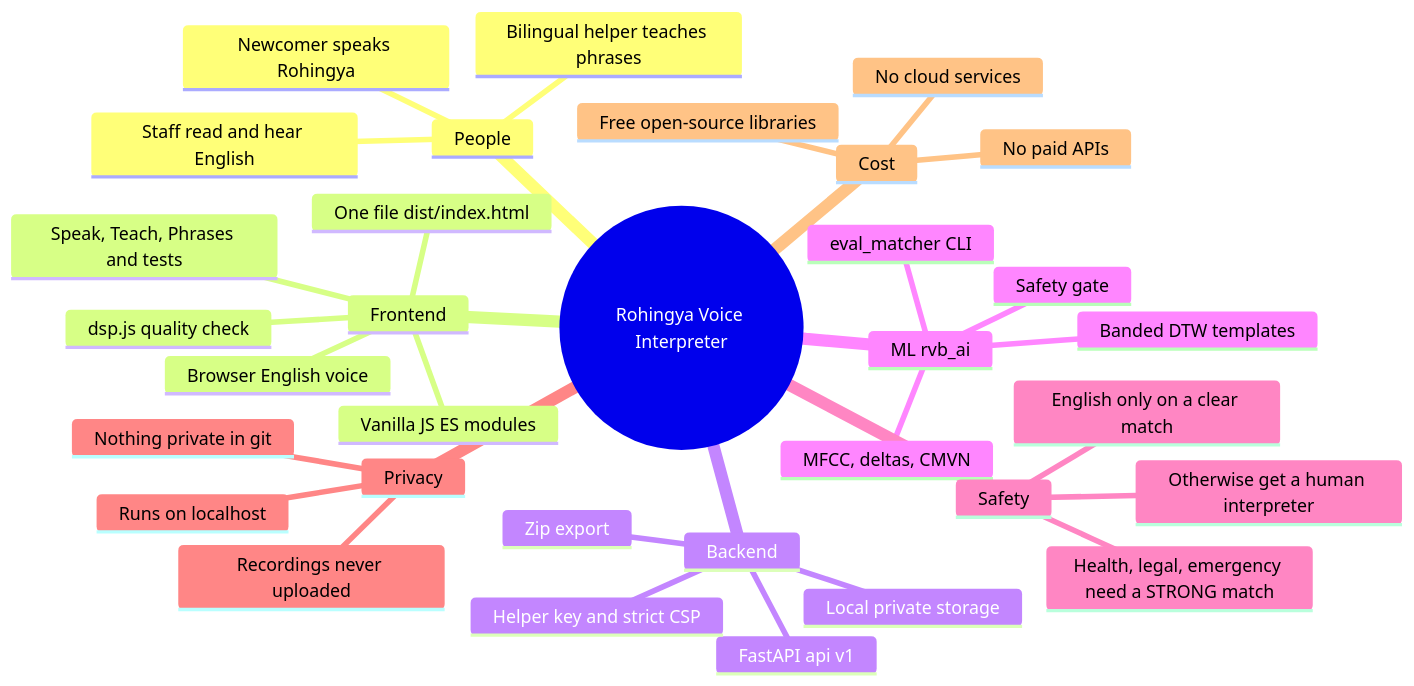
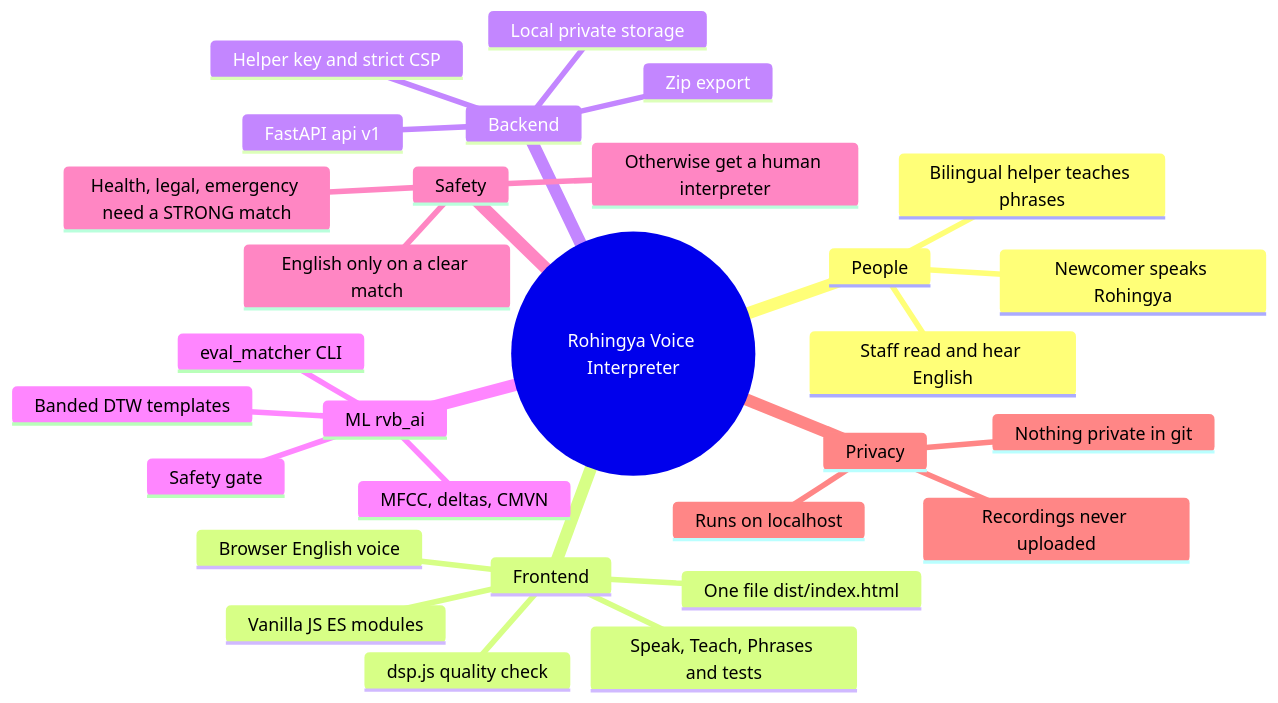
The first of 4 diagrams in README.md (msamin-25/Rohingya-Watai-proj), drawn with Mermaid before and after one commit. The commit also changed other lines of this file and 2 other files, not shown here.

First line of the commit message:
chore: drop cost section; keep helper key out of iCloud

````diff
--- a/README.md
+++ b/README.md
@@ -66,36 +64,32 @@
 ```mermaid
 mindmap
   root((Rohingya Voice Interpreter))
     People
       Newcomer speaks Rohingya
       Bilingual helper teaches phrases
       Staff read and hear English
     Frontend
       Vanilla JS ES modules
       One file dist/index.html
       Speak, Teach, Phrases and tests
       dsp.js quality check
       Browser English voice
     Backend
       FastAPI api v1
       Helper key and strict CSP
       Local private storage
       Zip export
     ML rvb_ai
       MFCC, deltas, CMVN
       Banded DTW templates
       Safety gate
       eval_matcher CLI
     Safety
       English only on a clear match
       Health, legal, emergency need a STRONG match
       Otherwise get a human interpreter
     Privacy
       Runs on localhost
       Recordings never uploaded
       Nothing private in git
-    Cost
-      No paid APIs
-      No cloud services
-      Free open-source libraries
 ```
````
